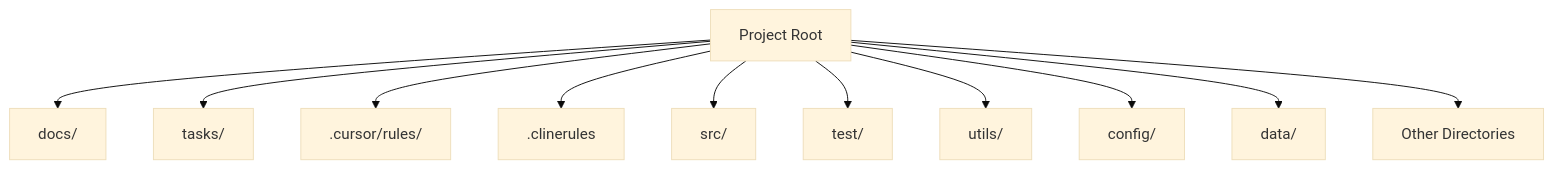
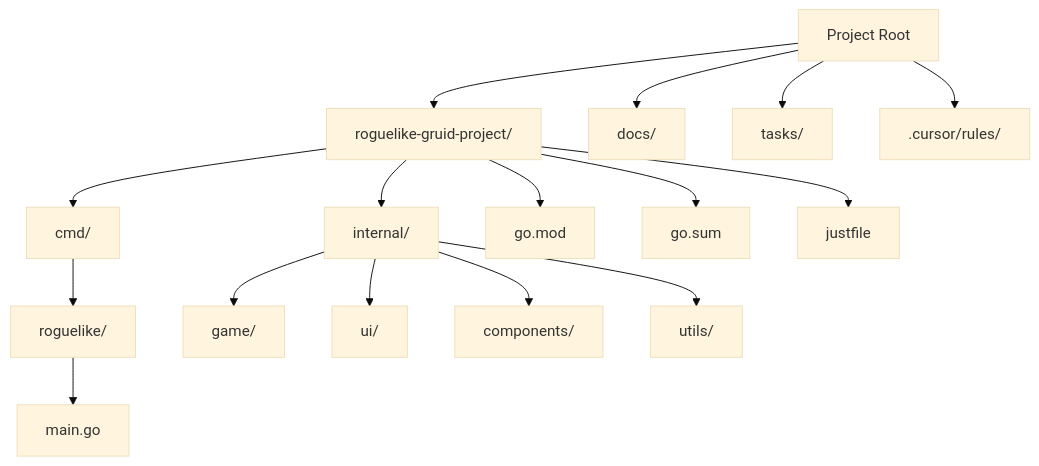
One commit to bayou-brogrammer/ai-go changed the diagram in .cursor/rules/directory-structure.mdc. Above: the diagram before and after it, drawn with Mermaid (base theme). The commit also changed other lines of this file and 21 other files, not shown here.

````diff
--- a/.cursor/rules/directory-structure.mdc
+++ b/.cursor/rules/directory-structure.mdc
@@ -12,14 +10,22 @@
 ```mermaid
 flowchart TD
     Root[Project Root]
+    Root --> RoguelikeProject[roguelike-gruid-project/]
     Root --> Docs[docs/]
     Root --> Tasks[tasks/]
     Root --> Cursor[.cursor/rules/]
-    Root --> CLINE[.clinerules]
-    Root --> SourceCode[src/]
-    Root --> Test[test/]
-    Root --> Utils[utils/]
-    Root --> Config[config/]
-    Root --> Data[data/]
-    Root --> Other[Other Directories]
+
+    RoguelikeProject --> Cmd[cmd/]
+    RoguelikeProject --> Internal[internal/]
+    RoguelikeProject --> GoMod[go.mod]
+    RoguelikeProject --> GoSum[go.sum]
+    RoguelikeProject --> Justfile[justfile]
+
+    Cmd --> RoguelikeCmd[roguelike/]
+    RoguelikeCmd --> MainGo[main.go]
+
+    Internal --> Game[game/]
+    Internal --> UI[ui/]
+    Internal --> Components[components/]
+    Internal --> Utils[utils/]
 ```
````
